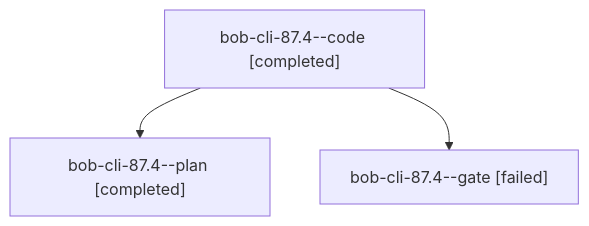
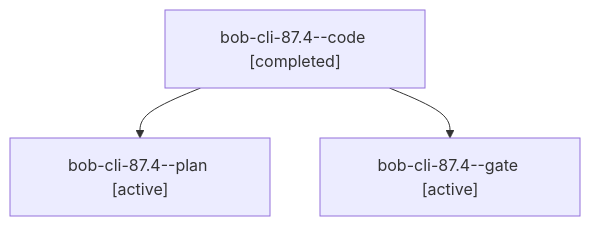
One commit to bobs-org/bob-cli--agents changed the diagram in sessions/bbugyi200.athena.bob-cli-87.4.md. Above: the diagram before and after it, drawn with Mermaid. The commit also changed other lines of this file and 481 other files, not shown here.

````diff
--- a/sessions/bbugyi200.athena.bob-cli-87.4.md
+++ b/sessions/bbugyi200.athena.bob-cli-87.4.md
@@ -9,8 +9,8 @@
 ```mermaid
 flowchart TD
   n0["bob-cli-87.4--code [completed]"]
-  n1["bob-cli-87.4--plan [completed]"]
+  n1["bob-cli-87.4--plan [active]"]
   n0 --> n1
-  n2["bob-cli-87.4--gate [failed]"]
+  n2["bob-cli-87.4--gate [active]"]
   n0 --> n2
 ```
````
